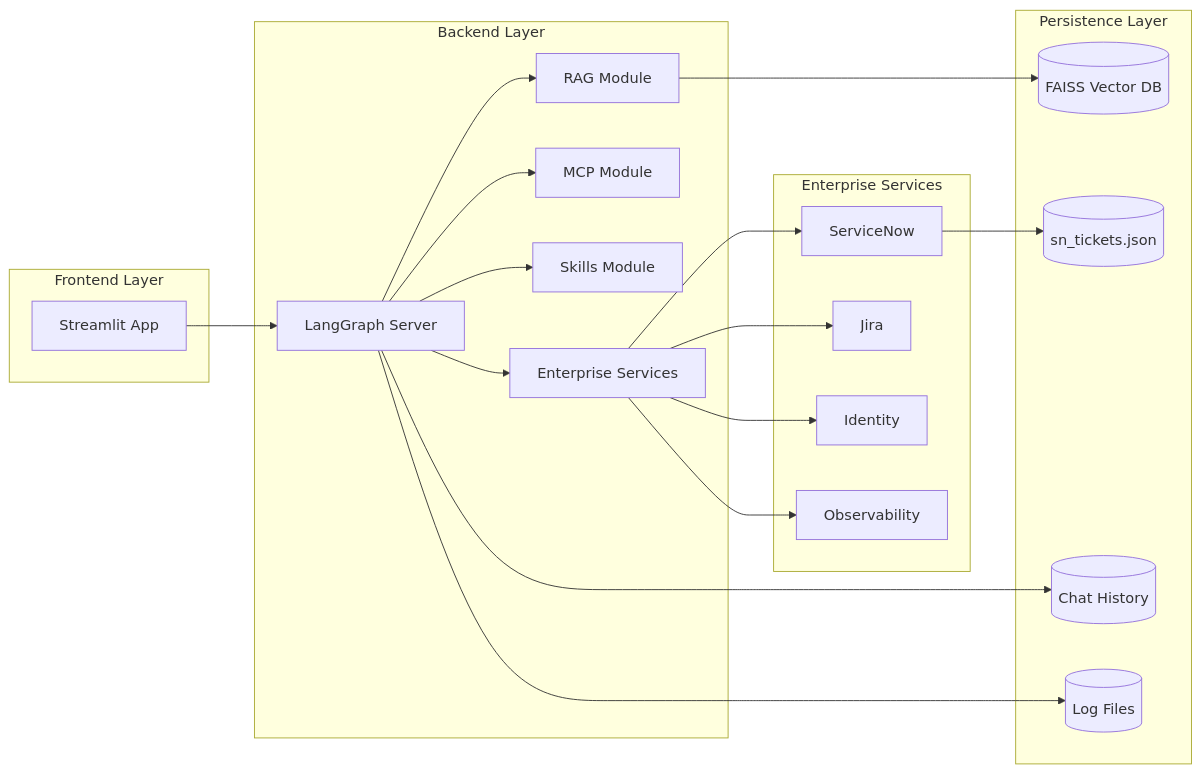
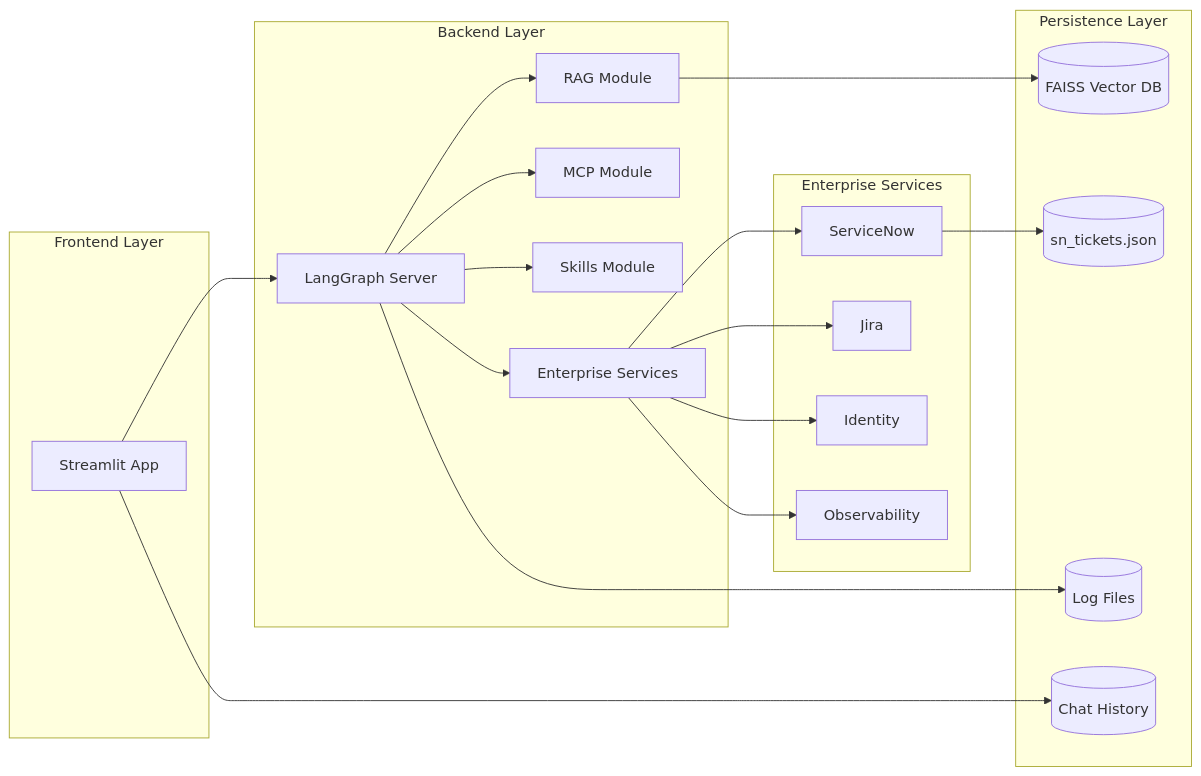
One commit to yongkui/project-aero changed the diagram in PROJECT_DESCRIPTION.md. Above: the diagram before and after it, drawn with Mermaid.

Commit message:
docs: Correct chat history flow in architecture diagram
- Chat History is saved by Frontend (Streamlit), not LangGraph Server
- Updated connection: Streamlit App → Chat History

````diff
--- a/PROJECT_DESCRIPTION.md
+++ b/PROJECT_DESCRIPTION.md
@@ -26,38 +26,38 @@
 ```mermaid
 graph LR
     subgraph Frontend Layer
         A[Streamlit App]
     end
     subgraph Backend Layer
         B[LangGraph Server]
         C[RAG Module]
         D[MCP Module]
         E[Skills Module]
         F[Enterprise Services]
     end
     subgraph Enterprise Services
         G[ServiceNow]
         H[Jira]
         I[Identity]
         J[Observability]
     end
     subgraph Persistence Layer
         K[(FAISS Vector DB)]
         L[(sn_tickets.json)]
         M[(Chat History)]
         N[(Log Files)]
     end
     A --> B
     B --> C
     B --> D
     B --> E
     B --> F
     F --> G
     F --> H
     F --> I
     F --> J
     C --> K
     G --> L
-    B --> M
+    A --> M
     B --> N
 ```
````
